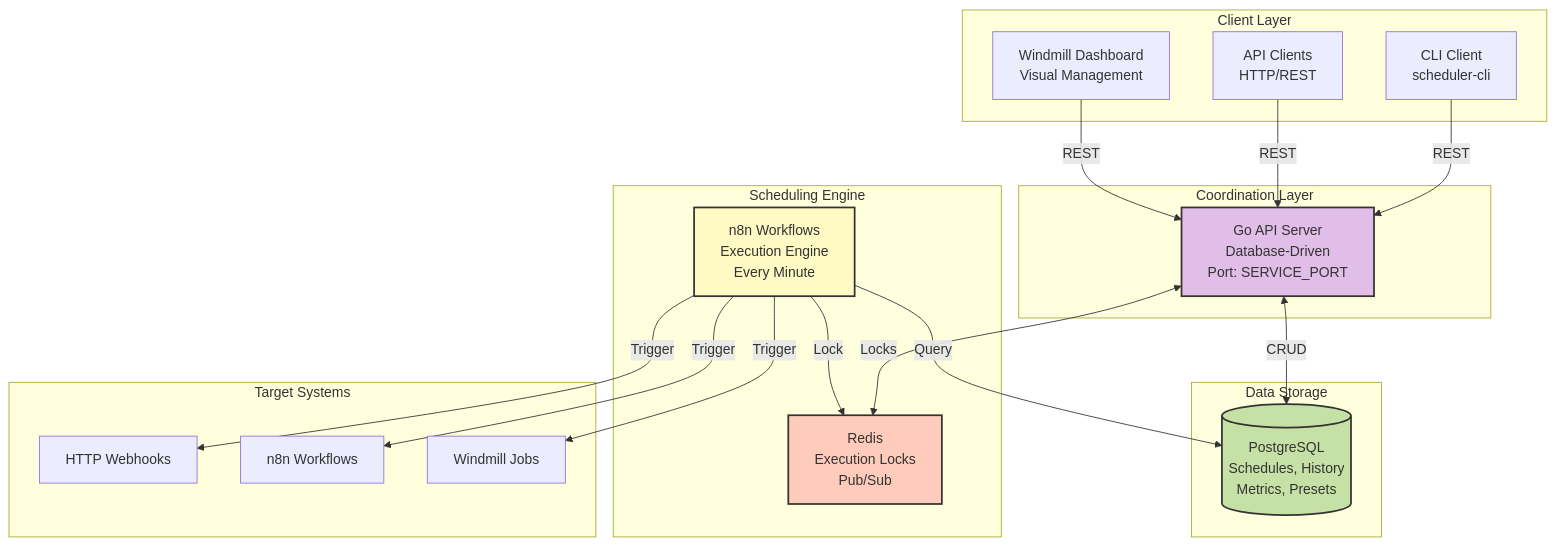
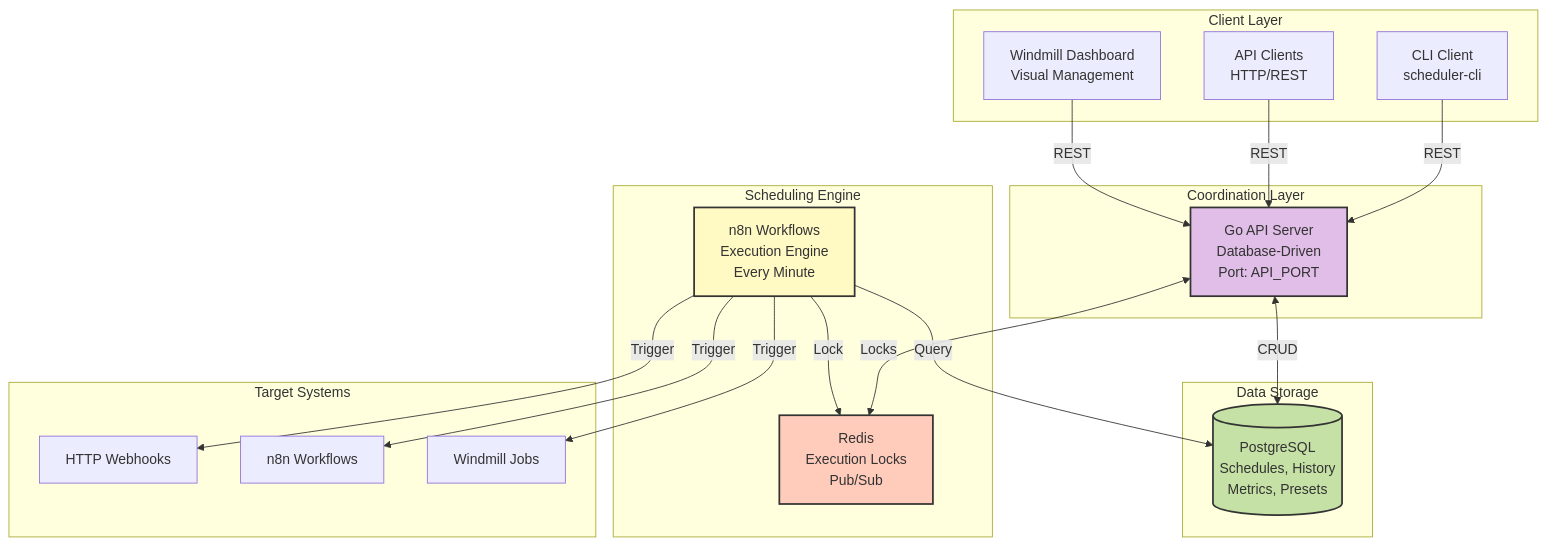
One commit to Vrooli/Vrooli changed the diagram in scenarios/workflow-scheduler/README.md. Above: the diagram before and after it, drawn with Mermaid. The commit also changed 87 other files, not shown here.

````diff
--- a/scenarios/workflow-scheduler/README.md
+++ b/scenarios/workflow-scheduler/README.md
@@ -11,43 +11,43 @@
 ```mermaid
 flowchart TB
     subgraph "Client Layer"
         CLI[CLI Client<br/>scheduler-cli]
         API_CLIENT[API Clients<br/>HTTP/REST]
         DASHBOARD[Windmill Dashboard<br/>Visual Management]
     end
     
     subgraph "Coordination Layer"
-        GO_API[Go API Server<br/>Database-Driven<br/>Port: SERVICE_PORT]
+        GO_API[Go API Server<br/>Database-Driven<br/>Port: API_PORT]
     end
     
     subgraph "Scheduling Engine"
         N8N[n8n Workflows<br/>Execution Engine<br/>Every Minute]
         REDIS[Redis<br/>Execution Locks<br/>Pub/Sub]
     end
     
     subgraph "Data Storage"
         POSTGRES[(PostgreSQL<br/>Schedules, History<br/>Metrics, Presets)]
     end
     
     subgraph "Target Systems"
         WEBHOOKS[HTTP Webhooks]
         WORKFLOWS[n8n Workflows]
         WINDMILL_JOBS[Windmill Jobs]
     end
     
     CLI -->|REST| GO_API
     API_CLIENT -->|REST| GO_API
     DASHBOARD -->|REST| GO_API
     GO_API <-->|CRUD| POSTGRES
     GO_API <-->|Locks| REDIS
     N8N -->|Query| POSTGRES
     N8N -->|Lock| REDIS
     N8N -->|Trigger| WEBHOOKS
     N8N -->|Trigger| WORKFLOWS
     N8N -->|Trigger| WINDMILL_JOBS
     
     style GO_API fill:#e1bee7,stroke:#333,stroke-width:2px
     style N8N fill:#fff9c4,stroke:#333,stroke-width:2px
     style POSTGRES fill:#c5e1a5,stroke:#333,stroke-width:2px
     style REDIS fill:#ffccbc,stroke:#333,stroke-width:2px
 ```
````
